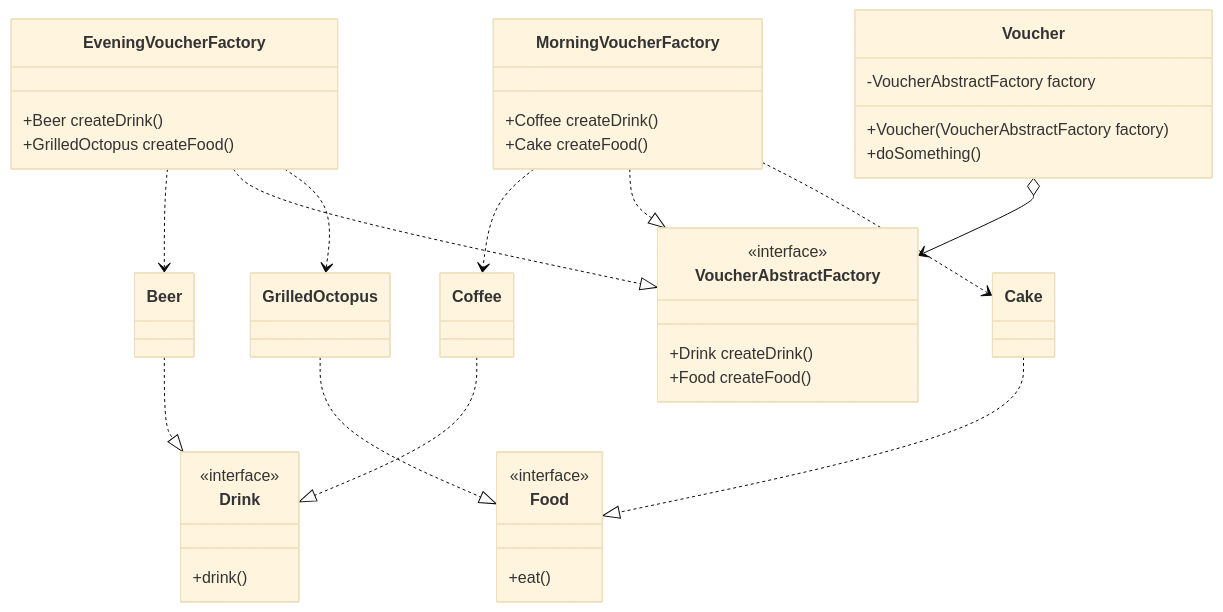
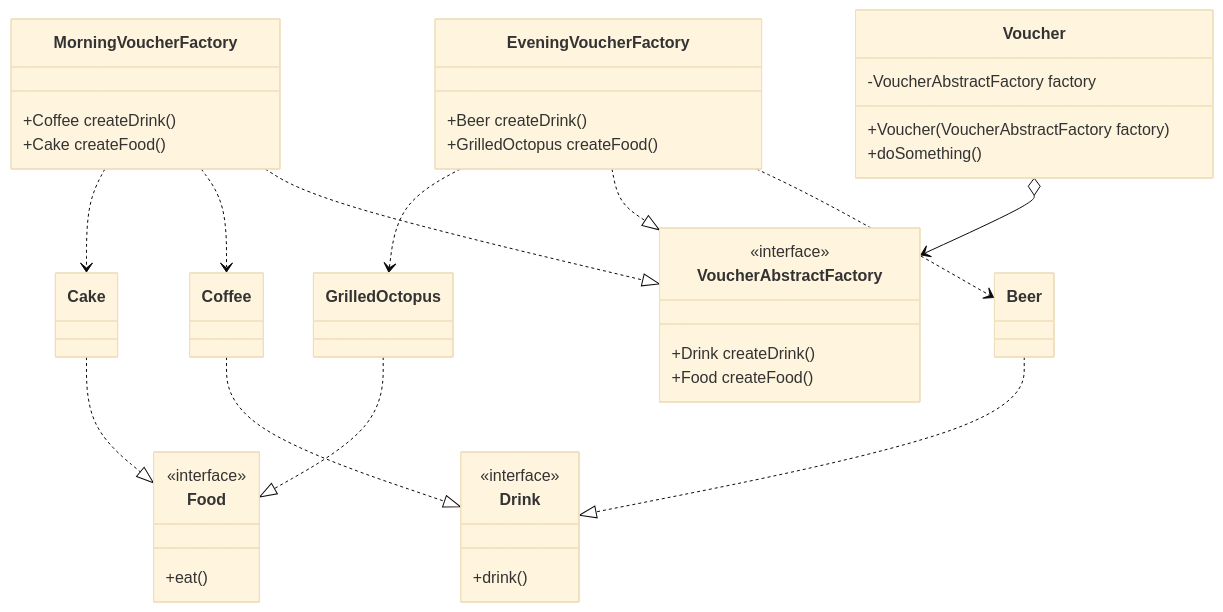
Before and after one commit to ericdaniel6166/design-pattern-java: the second of 2 diagrams in src/com/eric6166/Creational/AbstractFactory/abstract_factory.md, drawn with Mermaid (base theme).

````diff
--- a/src/com/eric6166/Creational/AbstractFactory/abstract_factory.md
+++ b/src/com/eric6166/Creational/AbstractFactory/abstract_factory.md
@@ -44,57 +44,58 @@
 ```mermaid
 classDiagram
     class Drink {
         <<interface>>
         +drink()
     }
     class Food {
         <<interface>>
         +eat()
     }
     Beer ..|> Drink
     GrilledOctopus ..|> Food
     Coffee ..|> Drink
     Cake ..|> Food
     
     
     
     class Voucher {
         -VoucherAbstractFactory factory
         +Voucher(VoucherAbstractFactory factory)
         +doSomething()
     }
     
     class VoucherAbstractFactory {
         <<interface>>
         +Drink createDrink()
         +Food createFood()
         
     }
     Voucher o--> VoucherAbstractFactory
+    MorningVoucherFactory ..|> VoucherAbstractFactory
     
     class MorningVoucherFactory {
         +Coffee createDrink()
         +Cake createFood()
     }
     
     class EveningVoucherFactory {
         +Beer createDrink()
         +GrilledOctopus createFood()
     }
     
     MorningVoucherFactory ..> Coffee
     EveningVoucherFactory ..> Beer
-    MorningVoucherFactory ..|> VoucherAbstractFactory
+    
+    MorningVoucherFactory ..> Cake
     EveningVoucherFactory ..|> VoucherAbstractFactory
     
-    MorningVoucherFactory ..> Cake
     EveningVoucherFactory ..> GrilledOctopus
     
     
     
     
     
     
     
     
 ```
````
